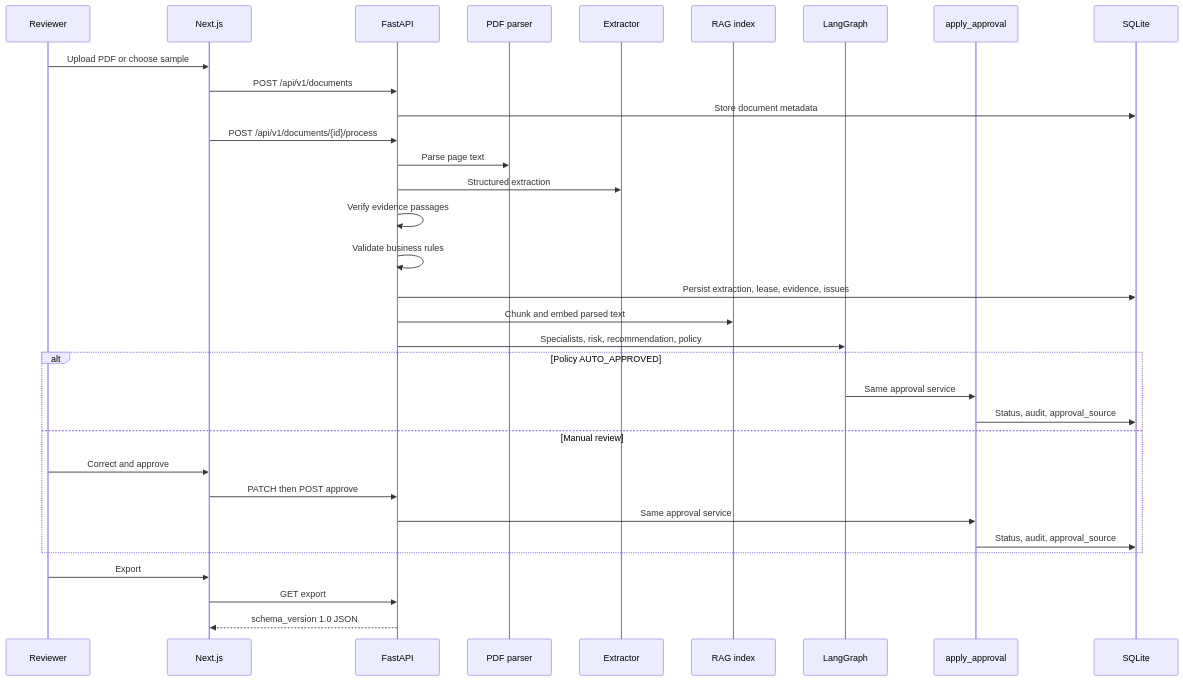
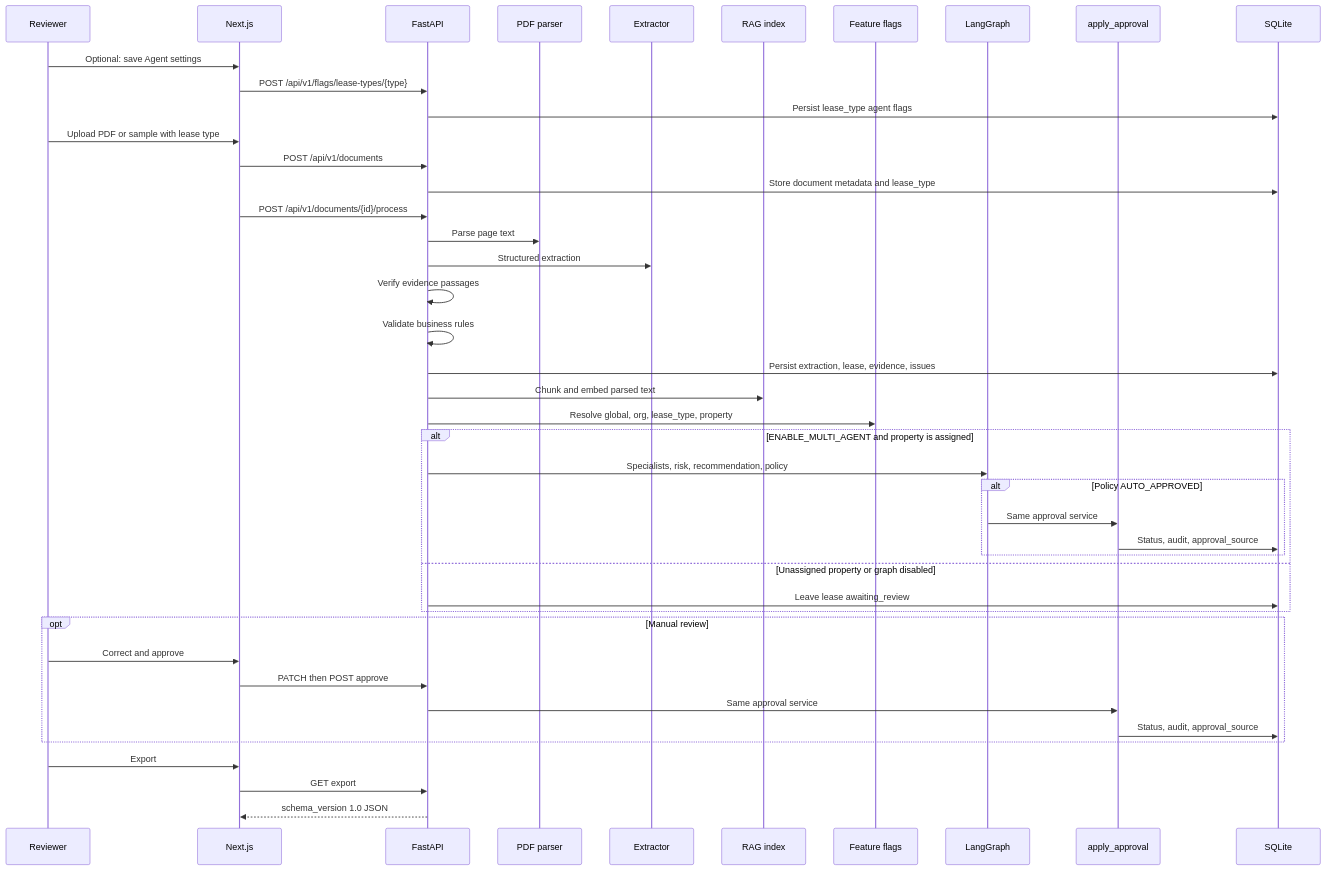
One commit to goshikavs/leaseflow-ai changed the second of 2 diagrams in docs/architecture.md. Above: the diagram before and after it, drawn with Mermaid. The commit also changed other lines of this file and 6 other files, not shown here.

Commit message:
Document the human and agentic review flows and where RAG, MCP, and data live.

````diff
--- a/docs/architecture.md
+++ b/docs/architecture.md
@@ -31,35 +86,45 @@
 ```mermaid
 sequenceDiagram
   participant R as Reviewer
   participant UI as Next.js
   participant API as FastAPI
   participant P as PDF parser
   participant X as Extractor
   participant RAG as RAG index
+  participant F as Feature flags
   participant G as LangGraph
   participant A as apply_approval
   participant DB as SQLite
-  R->>UI: Upload PDF or choose sample
+  R->>UI: Optional: save Agent settings
+  UI->>API: POST /api/v1/flags/lease-types/{type}
+  API->>DB: Persist lease_type agent flags
+  R->>UI: Upload PDF or sample with lease type
   UI->>API: POST /api/v1/documents
-  API->>DB: Store document metadata
+  API->>DB: Store document metadata and lease_type
   UI->>API: POST /api/v1/documents/{id}/process
   API->>P: Parse page text
   API->>X: Structured extraction
   API->>API: Verify evidence passages
   API->>API: Validate business rules
   API->>DB: Persist extraction, lease, evidence, issues
   API->>RAG: Chunk and embed parsed text
-  API->>G: Specialists, risk, recommendation, policy
-  alt Policy AUTO_APPROVED
-    G->>A: Same approval service
-    A->>DB: Status, audit, approval_source
-  else Manual review
+  API->>F: Resolve global, org, lease_type, property
+  alt ENABLE_MULTI_AGENT and property is assigned
+    API->>G: Specialists, risk, recommendation, policy
+    alt Policy AUTO_APPROVED
+      G->>A: Same approval service
+      A->>DB: Status, audit, approval_source
+    end
+  else Unassigned property or graph disabled
+    API->>DB: Leave lease awaiting_review
+  end
+  opt Manual review
     R->>UI: Correct and approve
     UI->>API: PATCH then POST approve
     API->>A: Same approval service
     A->>DB: Status, audit, approval_source
   end
   R->>UI: Export
   UI->>API: GET export
   API-->>UI: schema_version 1.0 JSON
 ```
````
